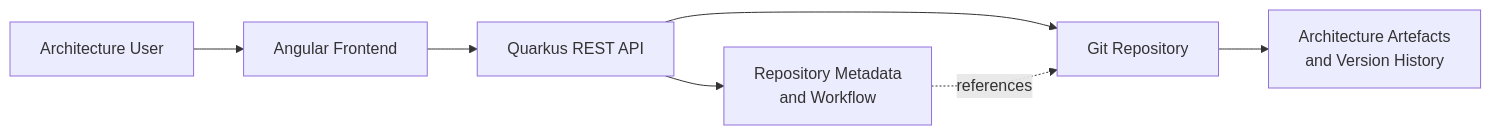
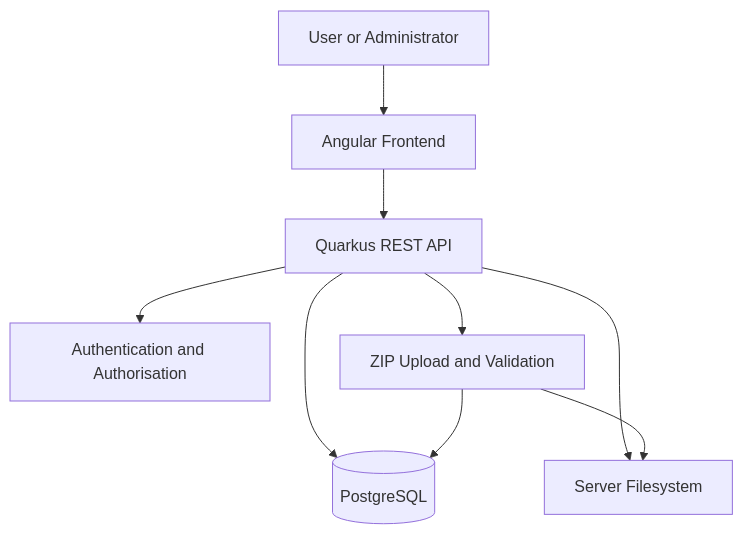
The diagram in README.md (nic0michael/TOGAFmate), drawn with Mermaid before and after one commit. The commit also changed other lines of this file, not shown here.

````diff
--- a/README.md
+++ b/README.md
@@ -201,16 +158,19 @@
 ```mermaid
-flowchart LR
-    U[Architecture User]
+flowchart TD
+    U[User or Administrator]
+    A[Angular Frontend]
+    Q[Quarkus REST API]
+    AUTH[Authentication and Authorisation]
+    DB[(PostgreSQL)]
+    FS[Server Filesystem]
+    ZIP[ZIP Upload and Validation]
 
-    U --> A[Angular Frontend]
-
-    A --> Q[Quarkus REST API]
-
-    Q --> M[Repository Metadata<br/>and Workflow]
-
-    Q --> G[Git Repository]
-
-    G --> F[Architecture Artefacts<br/>and Version History]
-
-    M -. references .-> G
+    U --> A
+    A --> Q
+    Q --> AUTH
+    Q --> DB
+    Q --> FS
+    Q --> ZIP
+    ZIP --> FS
+    ZIP --> DB
 ```
````
